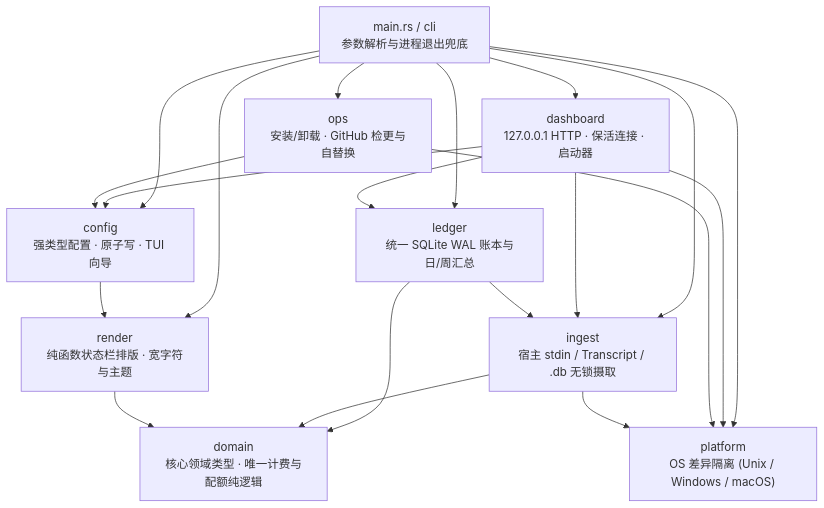
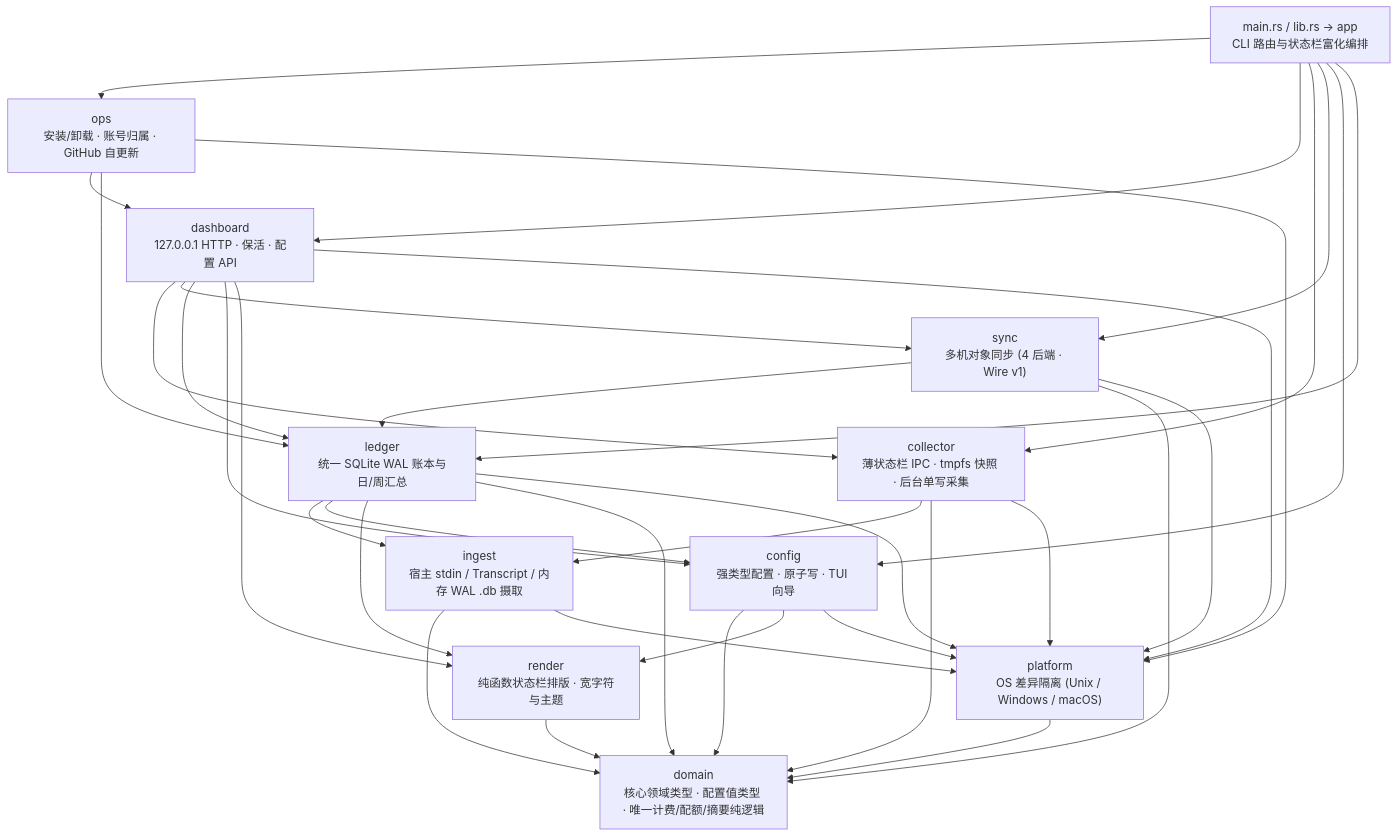
One commit to hardworkDAD/agy-pulse changed the diagram in docs/rust-v2-architecture.md. Above: the diagram before and after it, drawn with Mermaid. The commit also changed other lines of this file and 33 other files, not shown here.

````diff
--- a/docs/rust-v2-architecture.md
+++ b/docs/rust-v2-architecture.md
@@ -50,37 +50,56 @@
 ```mermaid
 flowchart TD
-    CLI["main.rs / cli<br/>参数解析与进程退出兜底"]
-    OPS["ops<br/>安装/卸载 · GitHub 检更与自替换"]
-    DASH["dashboard<br/>127.0.0.1 HTTP · 保活连接 · 启动器"]
+    CLI["main.rs / lib.rs -> app<br/>CLI 路由与状态栏富化编排"]
+    OPS["ops<br/>安装/卸载 · 账号归属 · GitHub 自更新"]
+    DASH["dashboard<br/>127.0.0.1 HTTP · 保活 · 配置 API"]
+    COLL["collector<br/>薄状态栏 IPC · tmpfs 快照 · 后台单写采集"]
+    SYNC["sync<br/>多机对象同步 (4 后端 · Wire v1)"]
     CFG["config<br/>强类型配置 · 原子写 · TUI 向导"]
     LEDGER["ledger<br/>统一 SQLite WAL 账本与日/周汇总"]
-    INGEST["ingest<br/>宿主 stdin / Transcript / .db 无锁摄取"]
+    INGEST["ingest<br/>宿主 stdin / Transcript / 内存 WAL .db 摄取"]
     RENDER["render<br/>纯函数状态栏排版 · 宽字符与主题"]
     PLATFORM["platform<br/>OS 差异隔离 (Unix / Windows / macOS)"]
-    DOMAIN["domain<br/>核心领域类型 · 唯一计费与配额纯逻辑"]
+    DOMAIN["domain<br/>核心领域类型 · 配置值类型 · 唯一计费/配额/摘要纯逻辑"]
 
     CLI --> OPS
     CLI --> DASH
+    CLI --> COLL
+    CLI --> SYNC
     CLI --> CFG
     CLI --> LEDGER
-    CLI --> INGEST
-    CLI --> RENDER
-    CLI --> PLATFORM
 
+    OPS --> DASH
+    OPS --> LEDGER
+    OPS --> PLATFORM
+
+    DASH --> COLL
+    DASH --> SYNC
     DASH --> LEDGER
-    DASH --> INGEST
     DASH --> CFG
+    DASH --> RENDER
     DASH --> PLATFORM
 
+    COLL --> INGEST
+    COLL --> DOMAIN
+    COLL --> PLATFORM
+
+    SYNC --> LEDGER
+    SYNC --> DOMAIN
+    SYNC --> PLATFORM
+
+    CFG --> DOMAIN
     CFG --> RENDER
-    OPS --> CFG
-    OPS --> PLATFORM
+    CFG --> PLATFORM
 
     LEDGER --> INGEST
+    LEDGER --> CFG
+    LEDGER --> RENDER
     LEDGER --> DOMAIN
+    LEDGER --> PLATFORM
 
     INGEST --> DOMAIN
     INGEST --> PLATFORM
 
     RENDER --> DOMAIN
+    PLATFORM --> DOMAIN
 ```
````
